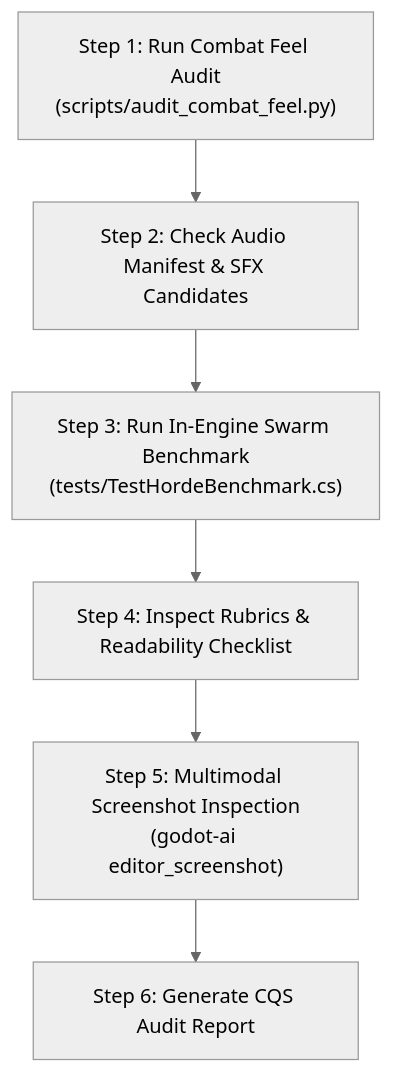
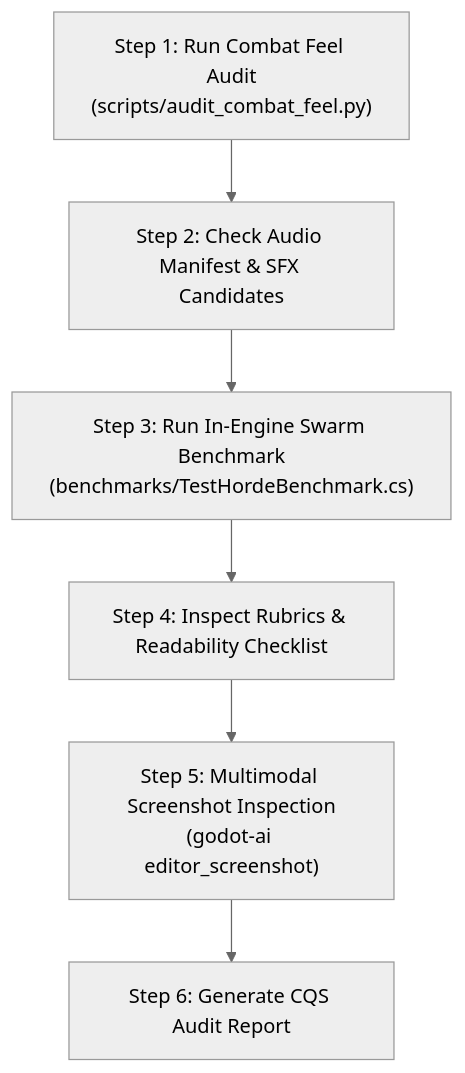
The second of 2 diagrams in .agents/skills/game-combat-eval/SKILL.md (skyrocket-qy/Phagocyte), drawn with Mermaid (neutral theme) before and after one commit. The commit also changed other lines of this file and 33 other files, not shown here.

````diff
--- a/.agents/skills/game-combat-eval/SKILL.md
+++ b/.agents/skills/game-combat-eval/SKILL.md
@@ -64,8 +64,8 @@
 ```mermaid
 flowchart TD
     A["Step 1: Run Combat Feel Audit<br/>(scripts/audit_combat_feel.py)"] --> B["Step 2: Check Audio Manifest & SFX Candidates"]
-    B --> C["Step 3: Run In-Engine Swarm Benchmark<br/>(tests/TestHordeBenchmark.cs)"]
+    B --> C["Step 3: Run In-Engine Swarm Benchmark<br/>(benchmarks/TestHordeBenchmark.cs)"]
     C --> D["Step 4: Inspect Rubrics & Readability Checklist"]
     D --> E["Step 5: Multimodal Screenshot Inspection<br/>(godot-ai editor_screenshot)"]
     E --> F["Step 6: Generate CQS Audit Report"]
 ```
````
